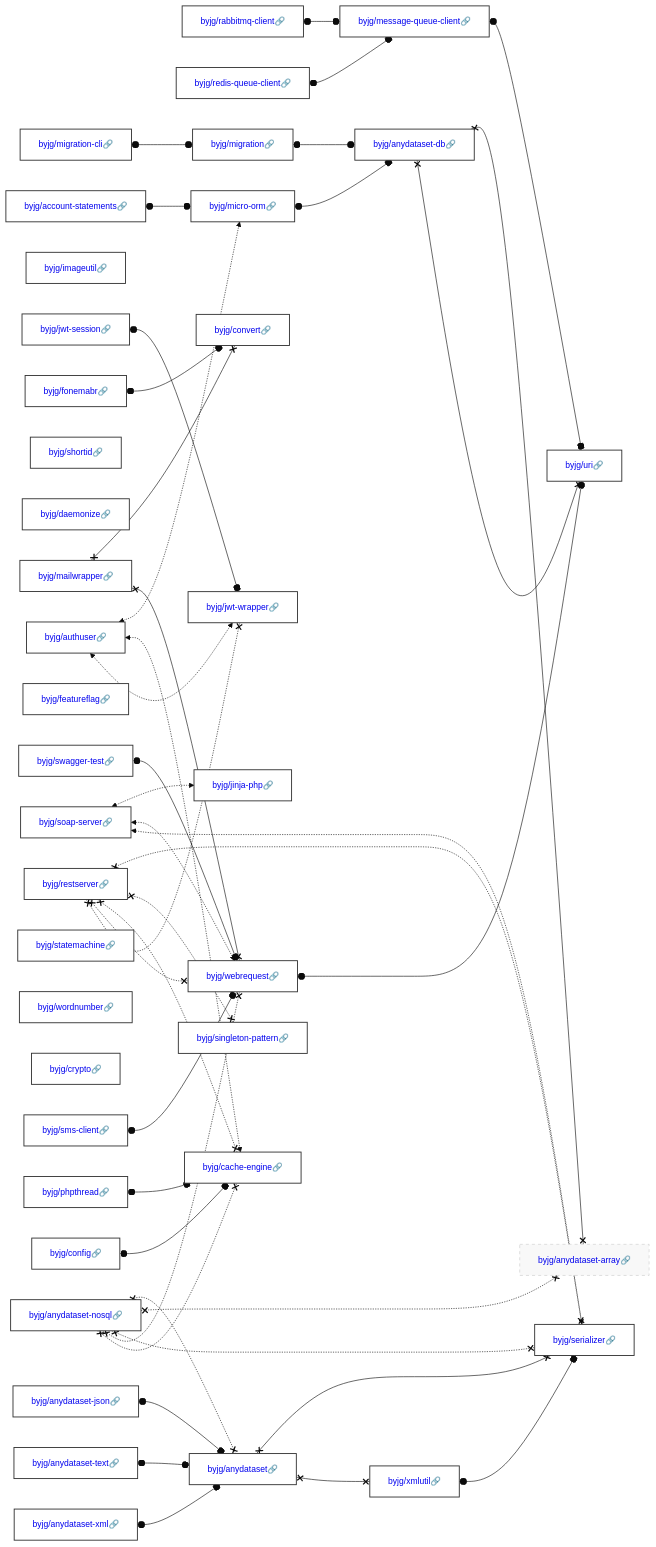
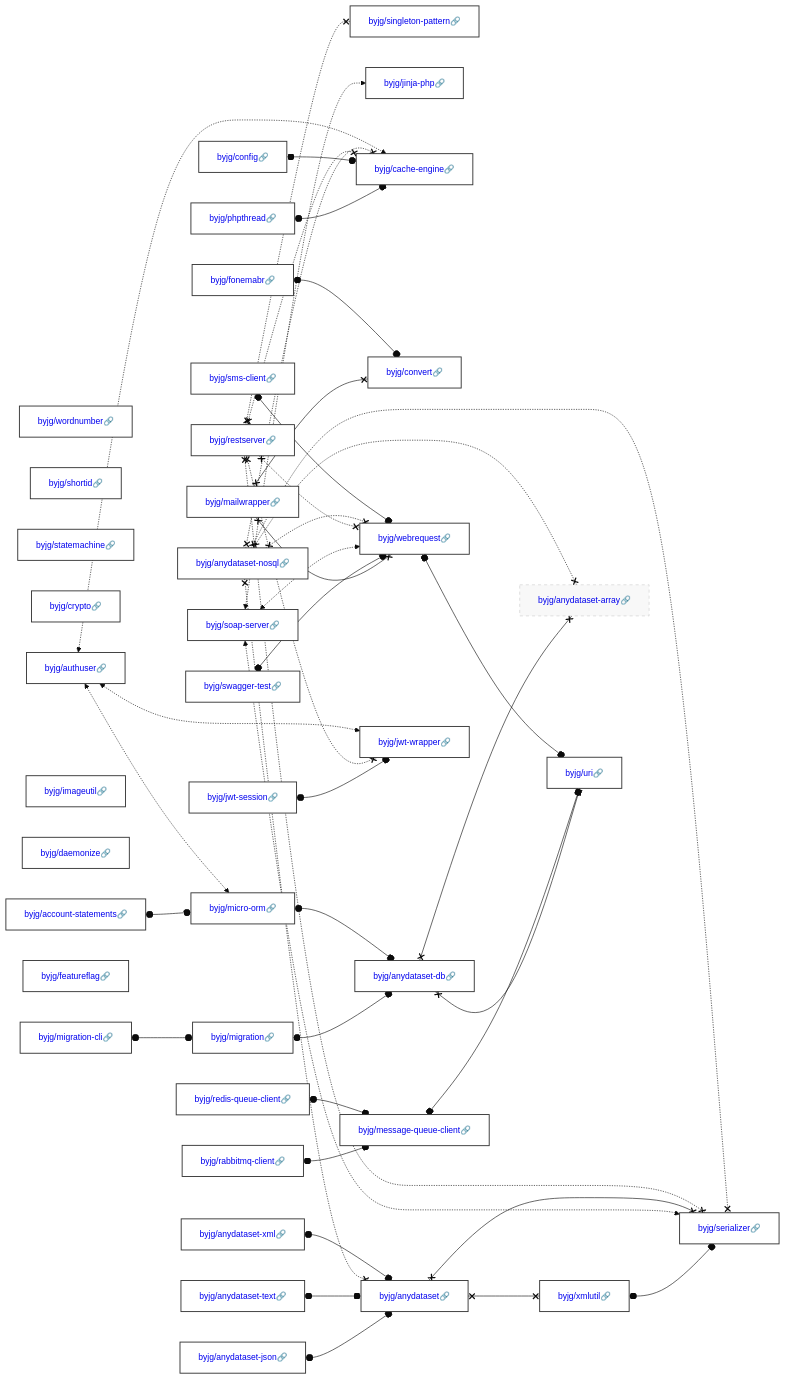
Before and after one commit to byjg/byjg.github.io: the diagram in docs/php/README.md, drawn with Mermaid (base theme). The commit also changed other lines of this file and 5 other files, not shown here.

Commit message:
Update documentation 'php' 'php-fonemabr'

````diff
--- a/docs/php/README.md
+++ b/docs/php/README.md
@@ -3,45 +3,45 @@
 ```mermaid
 graph LR;
-  byjg/authuser[<a href='https://opensource.byjg.com/docs/php/authuser' style='text-decoration:none'>byjg/authuser🔗</a>];
-  byjg/soap-server[<a href='https://opensource.byjg.com/docs/php/soap-server' style='text-decoration:none'>byjg/soap-server🔗</a>];
-  byjg/imageutil[<a href='https://opensource.byjg.com/docs/php/imageutil' style='text-decoration:none'>byjg/imageutil🔗</a>];
-  byjg/jwt-session[<a href='https://opensource.byjg.com/docs/php/jwt-session' style='text-decoration:none'>byjg/jwt-session🔗</a>];
-  byjg/migration-cli[<a href='https://opensource.byjg.com/docs/php/migration-cli' style='text-decoration:none'>byjg/migration-cli🔗</a>];
+  byjg/wordnumber[<a href='https://opensource.byjg.com/docs/php/wordnumber' style='text-decoration:none'>byjg/wordnumber🔗</a>];
   byjg/shortid[<a href='https://opensource.byjg.com/docs/php/shortid' style='text-decoration:none'>byjg/shortid🔗</a>];
-  byjg/daemonize[<a href='https://opensource.byjg.com/docs/php/daemonize' style='text-decoration:none'>byjg/daemonize🔗</a>];
-  byjg/swagger-test[<a href='https://opensource.byjg.com/docs/php/swagger-test' style='text-decoration:none'>byjg/swagger-test🔗</a>];
-  byjg/account-statements[<a href='https://opensource.byjg.com/docs/php/account-statements' style='text-decoration:none'>byjg/account-statements🔗</a>];
-  byjg/featureflag[<a href='https://opensource.byjg.com/docs/php/featureflag' style='text-decoration:none'>byjg/featureflag🔗</a>];
-  byjg/anydataset-xml[<a href='https://opensource.byjg.com/docs/php/anydataset-xml' style='text-decoration:none'>byjg/anydataset-xml🔗</a>];
-  byjg/phpthread[<a href='https://opensource.byjg.com/docs/php/phpthread' style='text-decoration:none'>byjg/phpthread🔗</a>];
   byjg/config[<a href='https://opensource.byjg.com/docs/php/config' style='text-decoration:none'>byjg/config🔗</a>];
   byjg/statemachine[<a href='https://opensource.byjg.com/docs/php/statemachine' style='text-decoration:none'>byjg/statemachine🔗</a>];
-  byjg/wordnumber[<a href='https://opensource.byjg.com/docs/php/wordnumber' style='text-decoration:none'>byjg/wordnumber🔗</a>];
+  byjg/phpthread[<a href='https://opensource.byjg.com/docs/php/phpthread' style='text-decoration:none'>byjg/phpthread🔗</a>];
+  byjg/mailwrapper[<a href='https://opensource.byjg.com/docs/php/mailwrapper' style='text-decoration:none'>byjg/mailwrapper🔗</a>];
+  byjg/redis-queue-client[<a href='https://opensource.byjg.com/docs/php/redis-queue-client' style='text-decoration:none'>byjg/redis-queue-client🔗</a>];
+  byjg/restserver[<a href='https://opensource.byjg.com/docs/php/restserver' style='text-decoration:none'>byjg/restserver🔗</a>];
+  byjg/anydataset-json[<a href='https://opensource.byjg.com/docs/php/anydataset-json' style='text-decoration:none'>byjg/anydataset-json🔗</a>];
   byjg/crypto[<a href='https://opensource.byjg.com/docs/php/crypto' style='text-decoration:none'>byjg/crypto🔗</a>];
+  byjg/soap-server[<a href='https://opensource.byjg.com/docs/php/soap-server' style='text-decoration:none'>byjg/soap-server🔗</a>];
+  byjg/anydataset-nosql[<a href='https://opensource.byjg.com/docs/php/anydataset-nosql' style='text-decoration:none'>byjg/anydataset-nosql🔗</a>];
+  byjg/sms-client[<a href='https://opensource.byjg.com/docs/php/sms-client' style='text-decoration:none'>byjg/sms-client🔗</a>];
+  byjg/authuser[<a href='https://opensource.byjg.com/docs/php/authuser' style='text-decoration:none'>byjg/authuser🔗</a>];
+  byjg/fonemabr[<a href='https://opensource.byjg.com/docs/php/fonemabr' style='text-decoration:none'>byjg/fonemabr🔗</a>];
+  byjg/anydataset-xml[<a href='https://opensource.byjg.com/docs/php/anydataset-xml' style='text-decoration:none'>byjg/anydataset-xml🔗</a>];
   byjg/rabbitmq-client[<a href='https://opensource.byjg.com/docs/php/rabbitmq-client' style='text-decoration:none'>byjg/rabbitmq-client🔗</a>];
+  byjg/imageutil[<a href='https://opensource.byjg.com/docs/php/imageutil' style='text-decoration:none'>byjg/imageutil🔗</a>];
+  byjg/daemonize[<a href='https://opensource.byjg.com/docs/php/daemonize' style='text-decoration:none'>byjg/daemonize🔗</a>];
+  byjg/account-statements[<a href='https://opensource.byjg.com/docs/php/account-statements' style='text-decoration:none'>byjg/account-statements🔗</a>];
+  byjg/swagger-test[<a href='https://opensource.byjg.com/docs/php/swagger-test' style='text-decoration:none'>byjg/swagger-test🔗</a>];
   byjg/anydataset-text[<a href='https://opensource.byjg.com/docs/php/anydataset-text' style='text-decoration:none'>byjg/anydataset-text🔗</a>];
-  byjg/redis-queue-client[<a href='https://opensource.byjg.com/docs/php/redis-queue-client' style='text-decoration:none'>byjg/redis-queue-client🔗</a>];
-  byjg/fonemabr[<a href='https://opensource.byjg.com/docs/php/fonemabr' style='text-decoration:none'>byjg/fonemabr🔗</a>];
-  byjg/restserver[<a href='https://opensource.byjg.com/docs/php/restserver' style='text-decoration:none'>byjg/restserver🔗</a>];
-  byjg/sms-client[<a href='https://opensource.byjg.com/docs/php/sms-client' style='text-decoration:none'>byjg/sms-client🔗</a>];
-  byjg/anydataset-json[<a href='https://opensource.byjg.com/docs/php/anydataset-json' style='text-decoration:none'>byjg/anydataset-json🔗</a>];
-  byjg/mailwrapper[<a href='https://opensource.byjg.com/docs/php/mailwrapper' style='text-decoration:none'>byjg/mailwrapper🔗</a>];
-  byjg/anydataset-nosql[<a href='https://opensource.byjg.com/docs/php/anydataset-nosql' style='text-decoration:none'>byjg/anydataset-nosql🔗</a>];
+  byjg/jwt-session[<a href='https://opensource.byjg.com/docs/php/jwt-session' style='text-decoration:none'>byjg/jwt-session🔗</a>];
+  byjg/featureflag[<a href='https://opensource.byjg.com/docs/php/featureflag' style='text-decoration:none'>byjg/featureflag🔗</a>];
+  byjg/migration-cli[<a href='https://opensource.byjg.com/docs/php/migration-cli' style='text-decoration:none'>byjg/migration-cli🔗</a>];
+  byjg/singleton-pattern[<a href='https://opensource.byjg.com/docs/php/singleton-pattern' style='text-decoration:none'>byjg/singleton-pattern🔗</a>];
   byjg/jinja-php[<a href='https://opensource.byjg.com/docs/php/jinja-php' style='text-decoration:none'>byjg/jinja-php🔗</a>];
+  byjg/cache-engine[<a href='https://opensource.byjg.com/docs/php/cache-engine' style='text-decoration:none'>byjg/cache-engine🔗</a>];
+  byjg/convert[<a href='https://opensource.byjg.com/docs/php/convert' style='text-decoration:none'>byjg/convert🔗</a>];
+  byjg/message-queue-client[<a href='https://opensource.byjg.com/docs/php/message-queue-client' style='text-decoration:none'>byjg/message-queue-client🔗</a>];
+  byjg/micro-orm[<a href='https://opensource.byjg.com/docs/php/micro-orm' style='text-decoration:none'>byjg/micro-orm🔗</a>];
+  byjg/webrequest[<a href='https://opensource.byjg.com/docs/php/webrequest' style='text-decoration:none'>byjg/webrequest🔗</a>];
+  byjg/anydataset[<a href='https://opensource.byjg.com/docs/php/anydataset' style='text-decoration:none'>byjg/anydataset🔗</a>];
+  byjg/jwt-wrapper[<a href='https://opensource.byjg.com/docs/php/jwt-wrapper' style='text-decoration:none'>byjg/jwt-wrapper🔗</a>];
   byjg/migration[<a href='https://opensource.byjg.com/docs/php/migration' style='text-decoration:none'>byjg/migration🔗</a>];
-  byjg/micro-orm[<a href='https://opensource.byjg.com/docs/php/micro-orm' style='text-decoration:none'>byjg/micro-orm🔗</a>];
-  byjg/message-queue-client[<a href='https://opensource.byjg.com/docs/php/message-queue-client' style='text-decoration:none'>byjg/message-queue-client🔗</a>];
-  byjg/singleton-pattern[<a href='https://opensource.byjg.com/docs/php/singleton-pattern' style='text-decoration:none'>byjg/singleton-pattern🔗</a>];
-  byjg/jwt-wrapper[<a href='https://opensource.byjg.com/docs/php/jwt-wrapper' style='text-decoration:none'>byjg/jwt-wrapper🔗</a>];
-  byjg/convert[<a href='https://opensource.byjg.com/docs/php/convert' style='text-decoration:none'>byjg/convert🔗</a>];
-  byjg/anydataset[<a href='https://opensource.byjg.com/docs/php/anydataset' style='text-decoration:none'>byjg/anydataset🔗</a>];
-  byjg/webrequest[<a href='https://opensource.byjg.com/docs/php/webrequest' style='text-decoration:none'>byjg/webrequest🔗</a>];
-  byjg/cache-engine[<a href='https://opensource.byjg.com/docs/php/cache-engine' style='text-decoration:none'>byjg/cache-engine🔗</a>];
+  byjg/xmlutil[<a href='https://opensource.byjg.com/docs/php/xmlutil' style='text-decoration:none'>byjg/xmlutil🔗</a>];
   byjg/anydataset-db[<a href='https://opensource.byjg.com/docs/php/anydataset-db' style='text-decoration:none'>byjg/anydataset-db🔗</a>];
-  byjg/xmlutil[<a href='https://opensource.byjg.com/docs/php/xmlutil' style='text-decoration:none'>byjg/xmlutil🔗</a>];
+  byjg/serializer[<a href='https://opensource.byjg.com/docs/php/serializer' style='text-decoration:none'>byjg/serializer🔗</a>];
   byjg/anydataset-array[<a href='https://opensource.byjg.com/docs/php/anydataset-array' style='text-decoration:none'>byjg/anydataset-array🔗</a>];
   byjg/uri[<a href='https://opensource.byjg.com/docs/php/uri' style='text-decoration:none'>byjg/uri🔗</a>];
-  byjg/serializer[<a href='https://opensource.byjg.com/docs/php/serializer' style='text-decoration:none'>byjg/serializer🔗</a>];
   byjg/mailwrapper x--x byjg/convert;
   byjg/mailwrapper x--x byjg/webrequest;
   byjg/xmlutil o--o byjg/serializer;
@@ -61,6 +61,7 @@
   byjg/account-statements o--o byjg/micro-orm;
   byjg/anydataset x--x byjg/serializer;
   byjg/anydataset x--x byjg/xmlutil;
+  byjg/fonemabr o--o byjg/convert;
   byjg/redis-queue-client o--o byjg/message-queue-client;
   byjg/config o--o byjg/cache-engine;
   byjg/restserver x-.-x byjg/serializer;
@@ -81,7 +82,6 @@
   byjg/sms-client o--o byjg/webrequest;
   byjg/micro-orm o--o byjg/anydataset-db;
   byjg/anydataset-xml o--o byjg/anydataset;
-  byjg/fonemabr o--o byjg/convert;
   classDef default fill:#ffffff,stroke:#333,stroke-width:1.5px,color:#000,font-size:14px;
   classDef highlight fill:#ffef96,stroke:#ff9900,stroke-width:3px;
   classDef deprecated fill:#f8f8f8,stroke:#cccccc,stroke-dasharray: 5 5,stroke-width:1px,color:#999;
````
